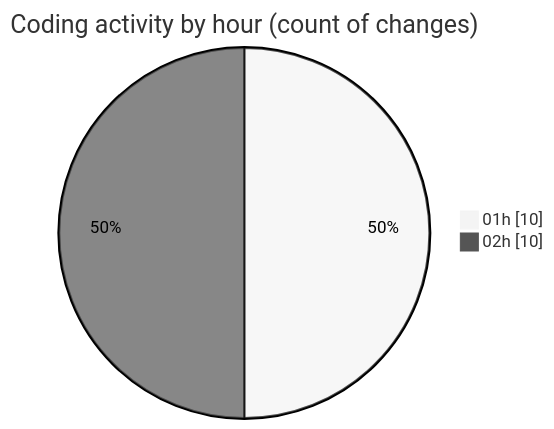
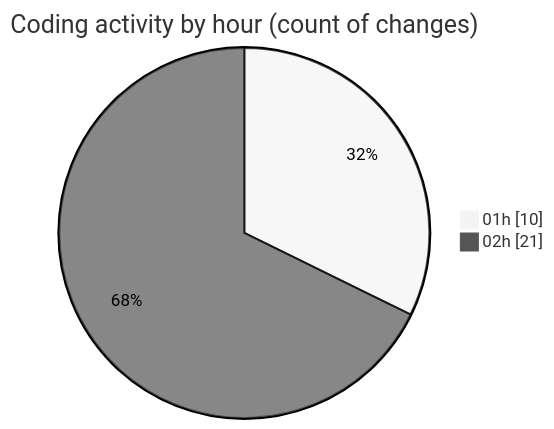
The second of 2 diagrams in 2025-11-21/eventscop-frontend-guide__workspace_/README.md (julien-gomy/code-tracking), drawn with Mermaid (neutral theme) before and after one commit. The commit also changed other lines of this file and 1 other file, not shown here.

````diff
--- a/2025-11-21/eventscop-frontend-guide__workspace_/README.md
+++ b/2025-11-21/eventscop-frontend-guide__workspace_/README.md
@@ -43,6 +47,6 @@
 ```mermaid
 pie showData
 title Coding activity by hour (count of changes)
 "01h" : 10
-"02h" : 10
+"02h" : 21
 ```
````
